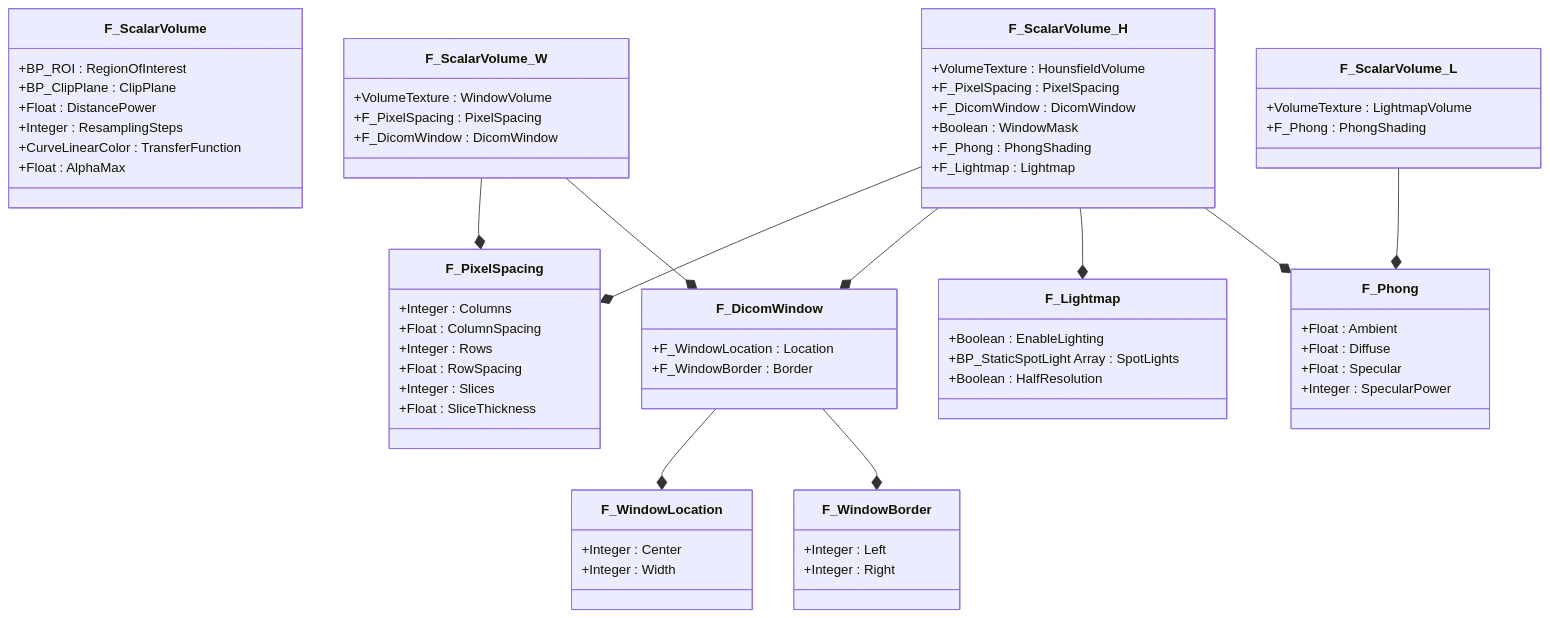
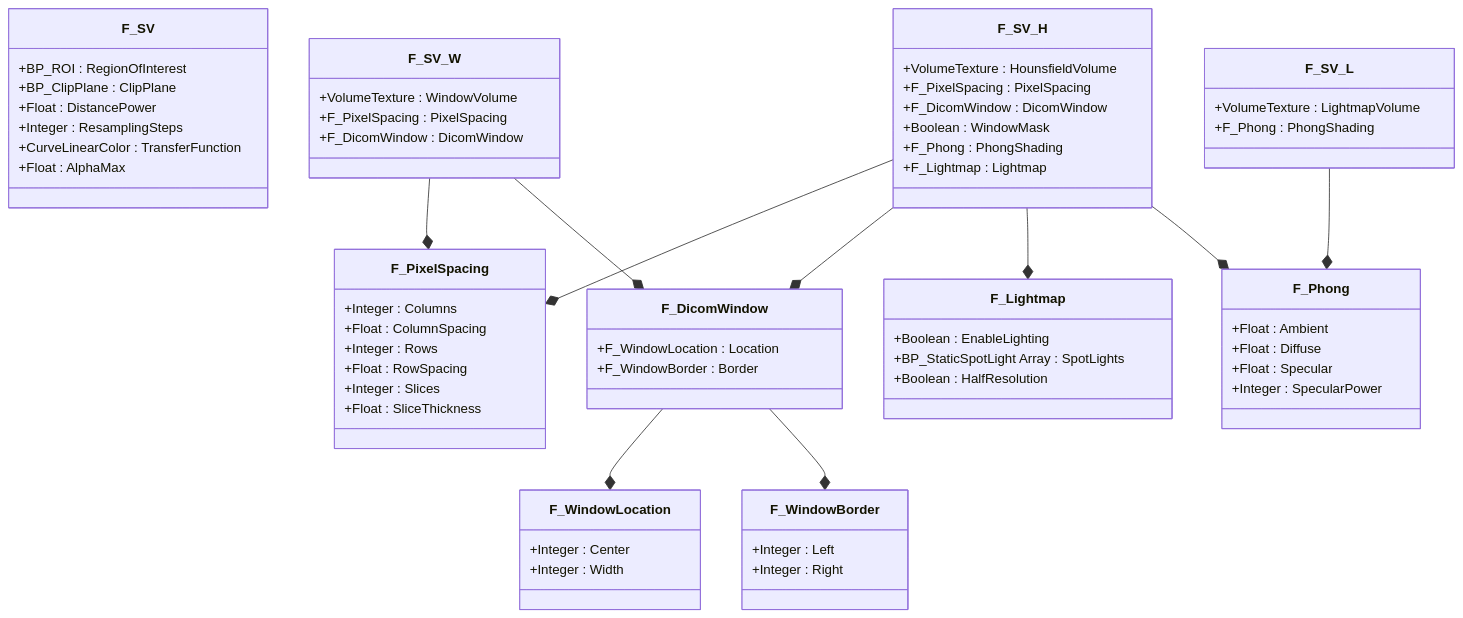
One commit to brugr9/UEPluginVolumeCreator changed the second of 2 diagrams in README.md. Above: the diagram before and after it, drawn with Mermaid. The commit also changed other lines of this file, not shown here.

Commit message:
doc: Update readme, scalar volume

````diff
--- a/README.md
+++ b/README.md
@@ -209,72 +209,72 @@
 ```mermaid
 classDiagram
-  class F_ScalarVolume{
+  class F_SV{
     +BP_ROI : RegionOfInterest
     +BP_ClipPlane : ClipPlane
     +Float : DistancePower
     +Integer : ResamplingSteps
     +CurveLinearColor : TransferFunction
     +Float : AlphaMax
   }
-  class F_ScalarVolume_H{
+  class F_SV_H{
     +VolumeTexture : HounsfieldVolume
     +F_PixelSpacing : PixelSpacing
     +F_DicomWindow : DicomWindow
     +Boolean : WindowMask
     +F_Phong : PhongShading
     +F_Lightmap : Lightmap
   }
-  class F_ScalarVolume_W{
+  class F_SV_W{
     +VolumeTexture : WindowVolume
     +F_PixelSpacing : PixelSpacing
     +F_DicomWindow : DicomWindow
   }
-  class F_ScalarVolume_L{
+  class F_SV_L{
     +VolumeTexture : LightmapVolume
     +F_Phong : PhongShading
   }
   class F_PixelSpacing{
     +Integer : Columns
     +Float : ColumnSpacing
     +Integer : Rows
     +Float : RowSpacing
     +Integer : Slices
     +Float : SliceThickness
   }
   class F_DicomWindow{
     +F_WindowLocation : Location
     +F_WindowBorder : Border
   }
   class F_WindowLocation{
     +Integer : Center
     +Integer : Width
   }
   class F_WindowBorder{
     +Integer : Left
     +Integer : Right
   }
   class F_Phong{
     +Float : Ambient
     +Float : Diffuse
     +Float : Specular
     +Integer : SpecularPower
   }
   class F_Lightmap{
     +Boolean : EnableLighting
     +BP_StaticSpotLight Array : SpotLights
     +Boolean : HalfResolution
   }
 
-  F_ScalarVolume_H --* F_PixelSpacing
-  F_ScalarVolume_H --* F_DicomWindow
-  F_ScalarVolume_H --* F_Lightmap
-  F_ScalarVolume_H --* F_Phong
+  F_SV_H --* F_PixelSpacing
+  F_SV_H --* F_DicomWindow
+  F_SV_H --* F_Lightmap
+  F_SV_H --* F_Phong
 
-  F_ScalarVolume_W --* F_PixelSpacing
-  F_ScalarVolume_W --* F_DicomWindow
+  F_SV_W --* F_PixelSpacing
+  F_SV_W --* F_DicomWindow
 
-  F_ScalarVolume_L --* F_Phong
+  F_SV_L --* F_Phong
 
   F_DicomWindow --* F_WindowLocation
   F_DicomWindow --* F_WindowBorder
 ```
````
